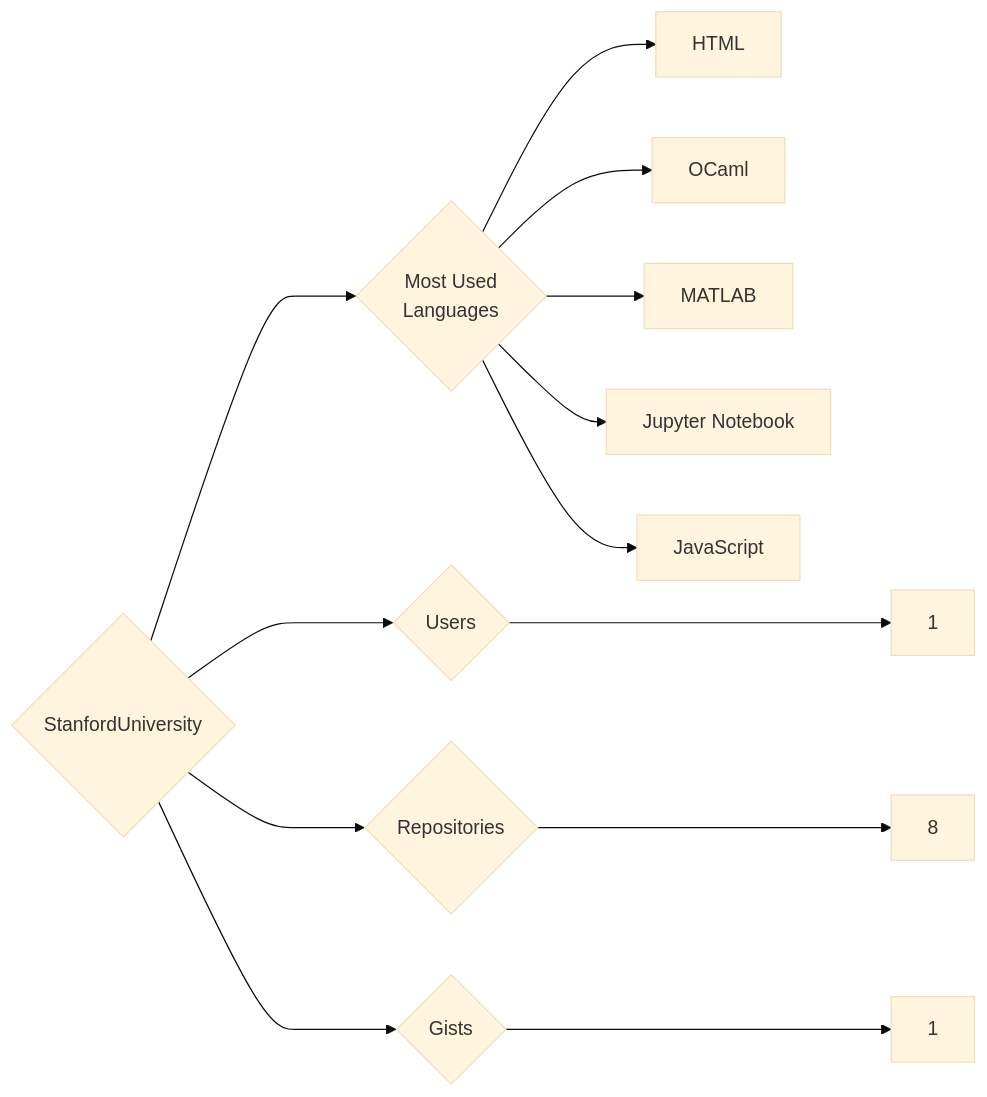
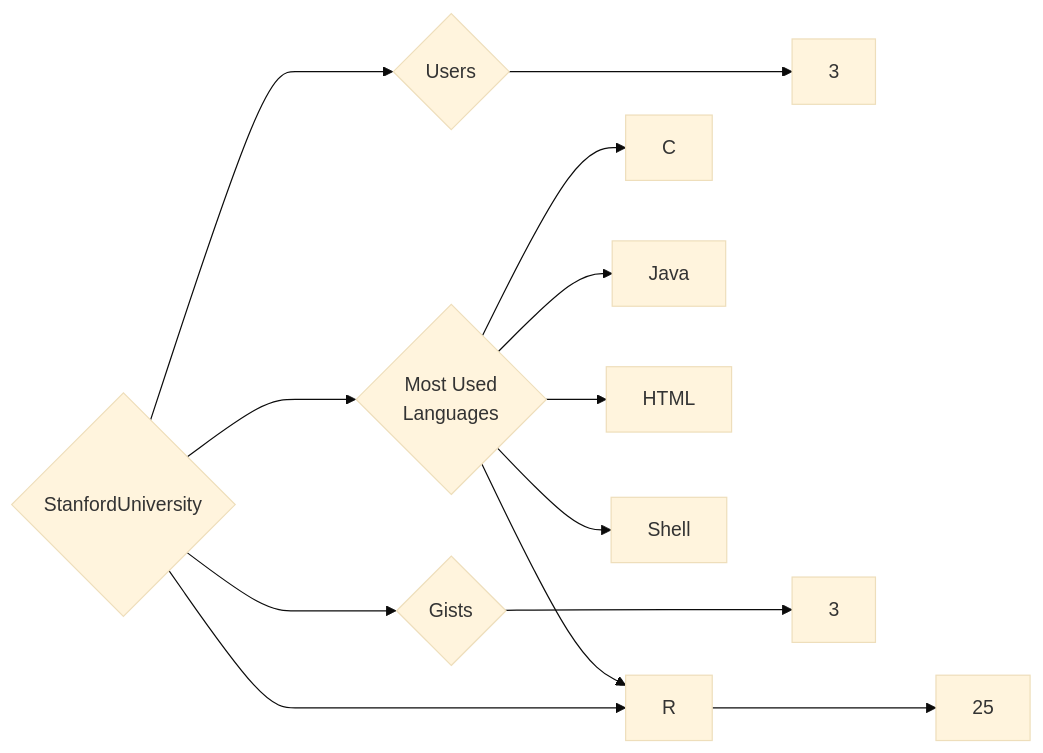
Before and after one commit to trickest/insiders: the diagram in targets/StanfordUniversity/README.md, drawn with Mermaid (base theme). The commit also changed 1496 other files, not shown here.

````diff
--- a/targets/StanfordUniversity/README.md
+++ b/targets/StanfordUniversity/README.md
@@ -3,13 +3,13 @@
 ```mermaid
 graph LR
 COMPANY_NAME{StanfordUniversity}
-COMPANY_NAME ---> U{Users} ---> UN[1]
-COMPANY_NAME ---> R{Repositories} ---> RN[8]
-COMPANY_NAME ---> G{Gists} ---> GN[1]
+COMPANY_NAME ---> U{Users} ---> UN[3]
+COMPANY_NAME ---> R{Repositories} ---> RN[25]
+COMPANY_NAME ---> G{Gists} ---> GN[3]
 COMPANY_NAME ---> ML{Most Used<br>Languages}
+ML --> C[C]
+ML --> Java[Java]
 ML --> HTML[HTML]
-ML --> OCaml[OCaml]
-ML --> MATLAB[MATLAB]
-ML --> Jupyter_Notebook[Jupyter Notebook]
-ML --> JavaScript[JavaScript]
+ML --> R[R]
+ML --> Shell[Shell]
 ```
````
